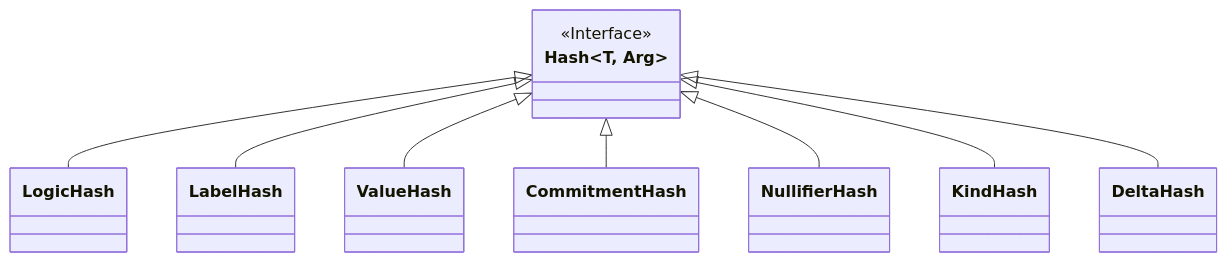
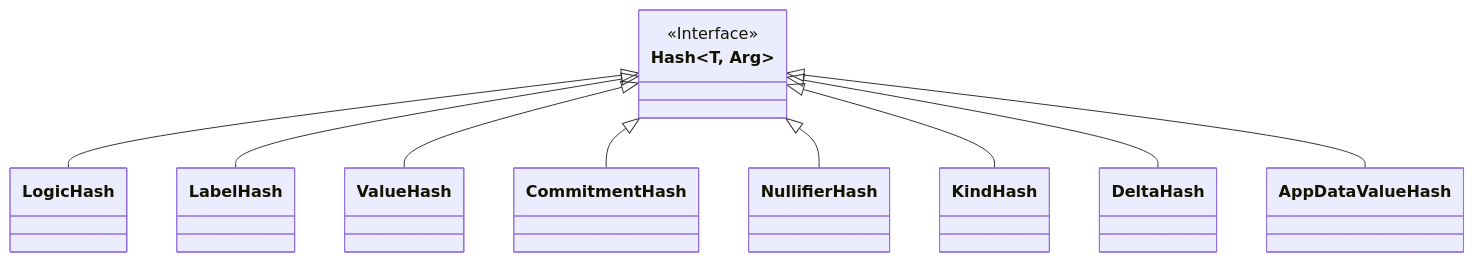
One commit to anoma/nspec changed the diagram in docs/system_architecture/state/resource_machine/primitive_interfaces/fixed_size_type/hash.md. Above: the diagram before and after it, drawn with Mermaid. The commit also changed other lines of this file and 12 other files, not shown here.

````diff
--- a/docs/system_architecture/state/resource_machine/primitive_interfaces/fixed_size_type/hash.md
+++ b/docs/system_architecture/state/resource_machine/primitive_interfaces/fixed_size_type/hash.md
@@ -17,18 +17,20 @@
 ```mermaid
 
 classDiagram
 
     class Hash~T, Arg~ {
          <<Interface>>
     }
 
     Hash <|-- LogicHash
     Hash <|-- LabelHash
     Hash <|-- ValueHash
 
     Hash <|-- CommitmentHash
     Hash <|-- NullifierHash
     Hash <|-- KindHash
     Hash <|-- DeltaHash
 
+    Hash <|-- AppDataValueHash
+
 ```
````
